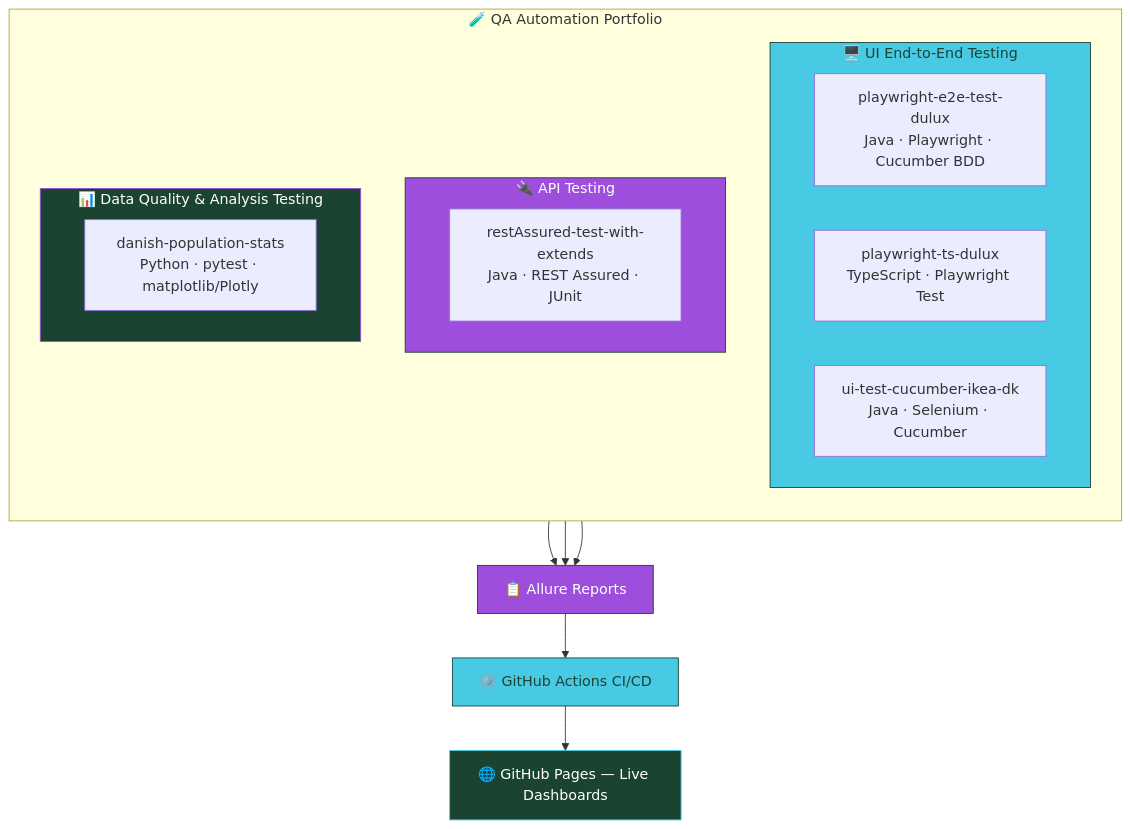
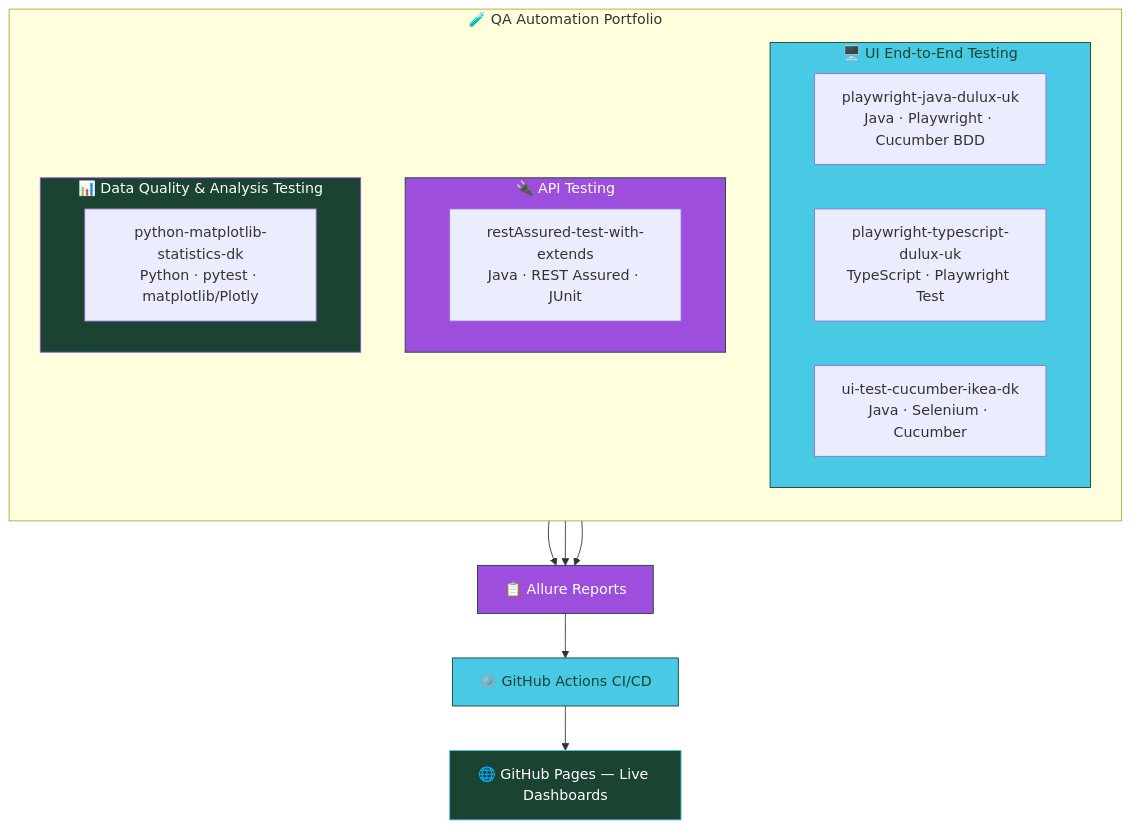
The diagram in README.md (magdaU/magdau), drawn with Mermaid before and after one commit. The commit also changed other lines of this file, not shown here.

Commit message:
Fix broken Allure report links after repo renames

````diff
--- a/README.md
+++ b/README.md
@@ -25,33 +25,33 @@
 ```mermaid
 graph TD
     subgraph Portfolio["🧪 QA Automation Portfolio"]
         direction TB
 
         subgraph UI["🖥️ UI End-to-End Testing"]
-            P1["playwright-e2e-test-dulux<br/>Java · Playwright · Cucumber BDD"]
-            P2["playwright-ts-dulux<br/>TypeScript · Playwright Test"]
+            P1["playwright-java-dulux-uk<br/>Java · Playwright · Cucumber BDD"]
+            P2["playwright-typescript-dulux-uk<br/>TypeScript · Playwright Test"]
             P3["ui-test-cucumber-ikea-dk<br/>Java · Selenium · Cucumber"]
         end
 
         subgraph API["🔌 API Testing"]
             P4["restAssured-test-with-extends<br/>Java · REST Assured · JUnit"]
         end
 
         subgraph DATA["📊 Data Quality & Analysis Testing"]
-            P5["danish-population-stats<br/>Python · pytest · matplotlib/Plotly"]
+            P5["python-matplotlib-statistics-dk<br/>Python · pytest · matplotlib/Plotly"]
         end
     end
 
     UI --> ALLURE["📋 Allure Reports"]
     API --> ALLURE
     DATA --> ALLURE
     ALLURE --> CI["⚙️ GitHub Actions CI/CD"]
     CI --> PAGES["🌐 GitHub Pages — Live Dashboards"]
 
     style UI fill:#48CAE4,stroke:#1B4332,color:#1B4332
     style API fill:#9D4EDD,stroke:#1B4332,color:#ffffff
     style DATA fill:#1B4332,stroke:#9D4EDD,color:#ffffff
     style ALLURE fill:#9D4EDD,stroke:#1B4332,color:#ffffff
     style CI fill:#48CAE4,stroke:#1B4332,color:#1B4332
     style PAGES fill:#1B4332,stroke:#48CAE4,color:#ffffff
 ```
````
